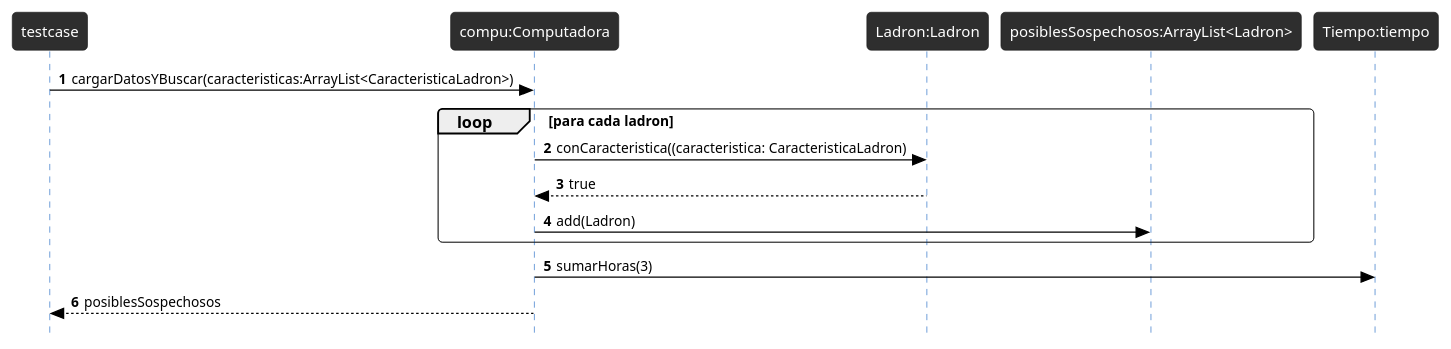
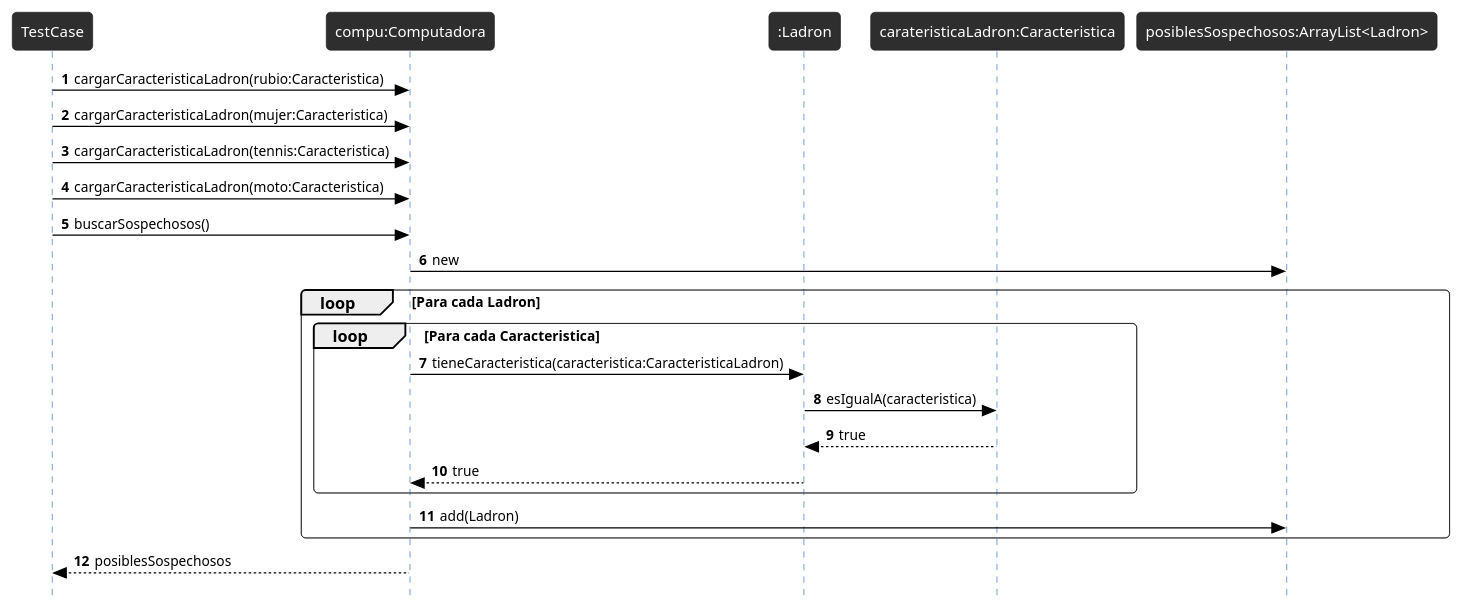
The diagram in docs/Diagramas/diagramasEntrega2/Secuencia/cargarDatosEnComputadorayBuscarSospechoso.puml (avilagaston9/algo3_tp2), drawn with PlantUML before and after one commit. The commit also changed 1 other file, not shown here.

Commit message:
agrego diagrama y cambio Computadora

```diff
--- a/docs/Diagramas/diagramasEntrega2/Secuencia/cargarDatosEnComputadorayBuscarSospechoso.puml
+++ b/docs/Diagramas/diagramasEntrega2/Secuencia/cargarDatosEnComputadorayBuscarSospechoso.puml
@@ -1,28 +1,55 @@
 @startuml
 'https://plantuml.com/sequence-diagram
 
 autonumber
 !theme reddress-darkblue
 autonumber
 skinparam style strictuml
 skinparam BackGroundColor white
 skinparam RoundCorner 7
 skinparam SequenceGroupFontColor black
 skinparam SequenceGroupBorderColor black
 skinparam SequenceGroupBorderThickness 0.5
 skinparam ArrowFontColor black
 skinparam ArrowColor black
 skinparam ActorFontColor black
 skinparam participantFontSize 12
 skinparam SequenceLifeLineBackGroundColor 2e2e2e
 
-testcase -> "compu:Computadora" as Computadora: cargarDatosYBuscar(caracteristicas:ArrayList<CaracteristicaLadron>)
-loop para cada ladron
-"compu:Computadora" as Computadora -> "Ladron:Ladron" : conCaracteristica((caracteristica: CaracteristicaLadron)
-"Ladron:Ladron" --> "compu:Computadora" as Computadora : true
-"compu:Computadora" as Computadora -> "posiblesSospechosos:ArrayList<Ladron>" : add(Ladron)
+'testcase -> "compu:Computadora" as Computadora: cargarDatosYBuscar(caracteristicas:ArrayList<CaracteristicaLadron>)
+'loop para cada ladron
+'"compu:Computadora" as Computadora -> "Ladron:Ladron" : conCaracteristica((caracteristica: CaracteristicaLadron)
+'"Ladron:Ladron" --> "compu:Computadora" as Computadora : true
+'"compu:Computadora" as Computadora -> "posiblesSospechosos:ArrayList<Ladron>" : add(Ladron)
+'end
+'"compu:Computadora" as Computadora -> "Tiempo:tiempo" : sumarHoras(3)
+'"compu:Computadora" as Computadora --> testcase : posiblesSospechosos
+
+participant TestCase
+participant "compu:Computadora" as compu
+participant ":Ladron" as ladron
+participant "carateristicaLadron:Caracteristica" as caracLadron
+participant "posiblesSospechosos:ArrayList<Ladron>" as lista
+
+TestCase -> "compu:Computadora" as compu: cargarCaracteristicaLadron(rubio:Caracteristica)
+TestCase -> "compu:Computadora" as compu: cargarCaracteristicaLadron(mujer:Caracteristica)
+TestCase -> "compu:Computadora" as compu: cargarCaracteristicaLadron(tennis:Caracteristica)
+TestCase -> "compu:Computadora" as compu: cargarCaracteristicaLadron(moto:Caracteristica)
+
+
+TestCase -> compu: buscarSospechosos()
+
+create "posiblesSospechosos:ArrayList<Ladron>" as lista
+compu -> lista: new
+
+loop Para cada Ladron
+loop Para cada Caracteristica
+compu -> ":Ladron" as ladron: tieneCaracteristica(caracteristica:CaracteristicaLadron)
+ladron -> caracLadron: esIgualA(caracteristica)
+caracLadron --> ladron: true
+ladron--> compu : true
 end
-"compu:Computadora" as Computadora -> "Tiempo:tiempo" : sumarHoras(3)
-"compu:Computadora" as Computadora --> testcase : posiblesSospechosos
-
+compu -> lista : add(Ladron)
+end
+compu --> TestCase: posiblesSospechosos
 @enduml
```
